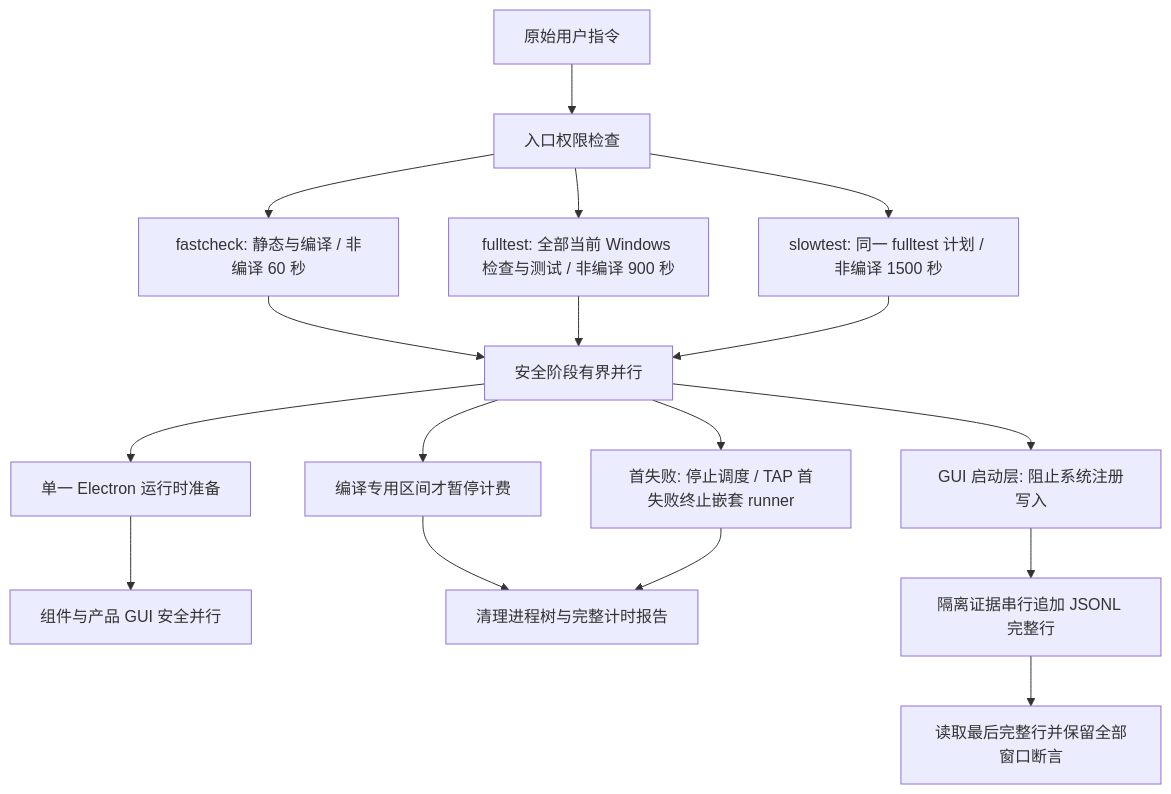
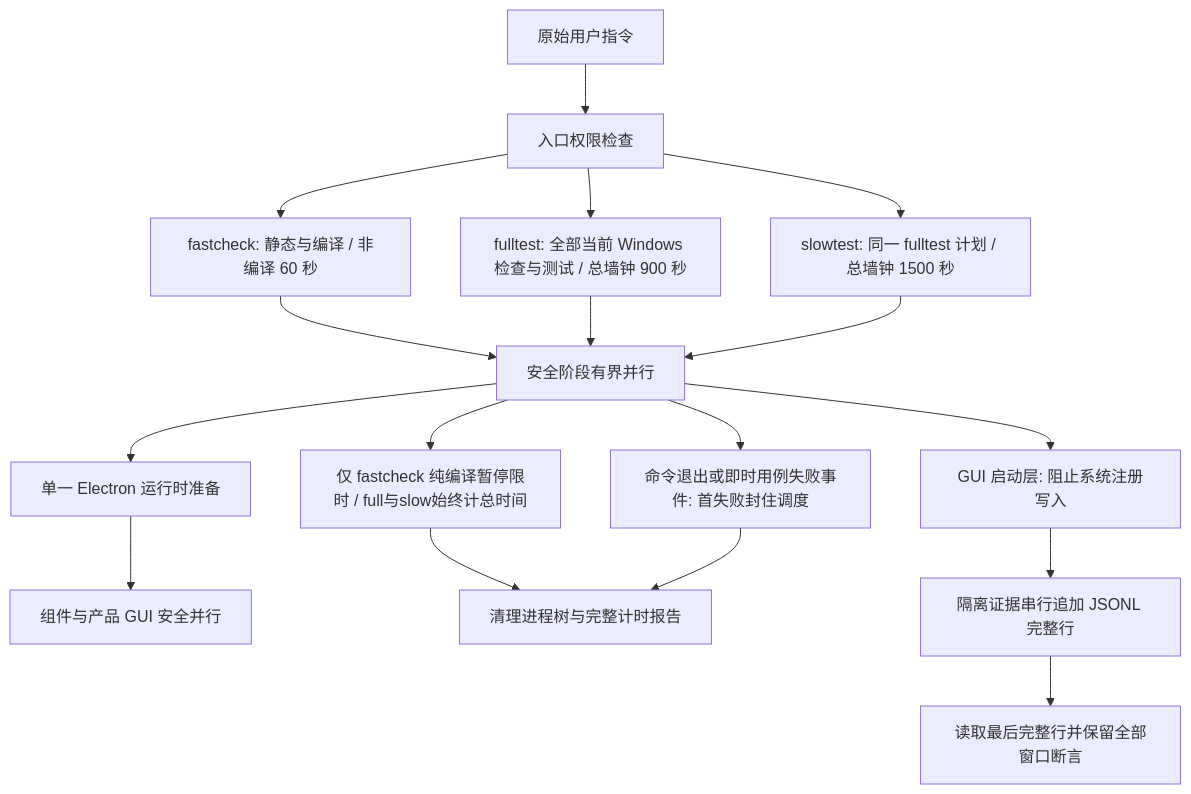
Before and after one commit to jchanghong023/OmpCode: the diagram in docs/requirements/test-gates.md, drawn with Mermaid. The commit also changed other lines of this file and 9 other files, not shown here.

````diff
--- a/docs/requirements/test-gates.md
+++ b/docs/requirements/test-gates.md
@@ -21,19 +21,19 @@
 ```mermaid
 flowchart TD
   A[原始用户指令] --> B[入口权限检查]
   B --> C[fastcheck: 静态与编译 / 非编译 60 秒]
-  B --> D[fulltest: 全部当前 Windows 检查与测试 / 非编译 900 秒]
-  B --> E[slowtest: 同一 fulltest 计划 / 非编译 1500 秒]
+  B --> D[fulltest: 全部当前 Windows 检查与测试 / 总墙钟 900 秒]
+  B --> E[slowtest: 同一 fulltest 计划 / 总墙钟 1500 秒]
   C --> F[安全阶段有界并行]
   D --> F
   E --> F
-  F --> H[编译专用区间才暂停计费]
+  F --> H[仅 fastcheck 纯编译暂停限时 / full与slow始终计总时间]
   F --> L[单一 Electron 运行时准备]
   L --> M[组件与产品 GUI 安全并行]
   H --> G[清理进程树与完整计时报告]
   F --> I[GUI 启动层: 阻止系统注册写入]
   I --> J[隔离证据串行追加 JSONL 完整行]
   J --> K[读取最后完整行并保留全部窗口断言]
-  F --> N[首失败: 停止调度 / TAP 首失败终止嵌套 runner]
+  F --> N[命令退出或即时用例失败事件: 首失败封住调度]
   N --> G
 ```
````
